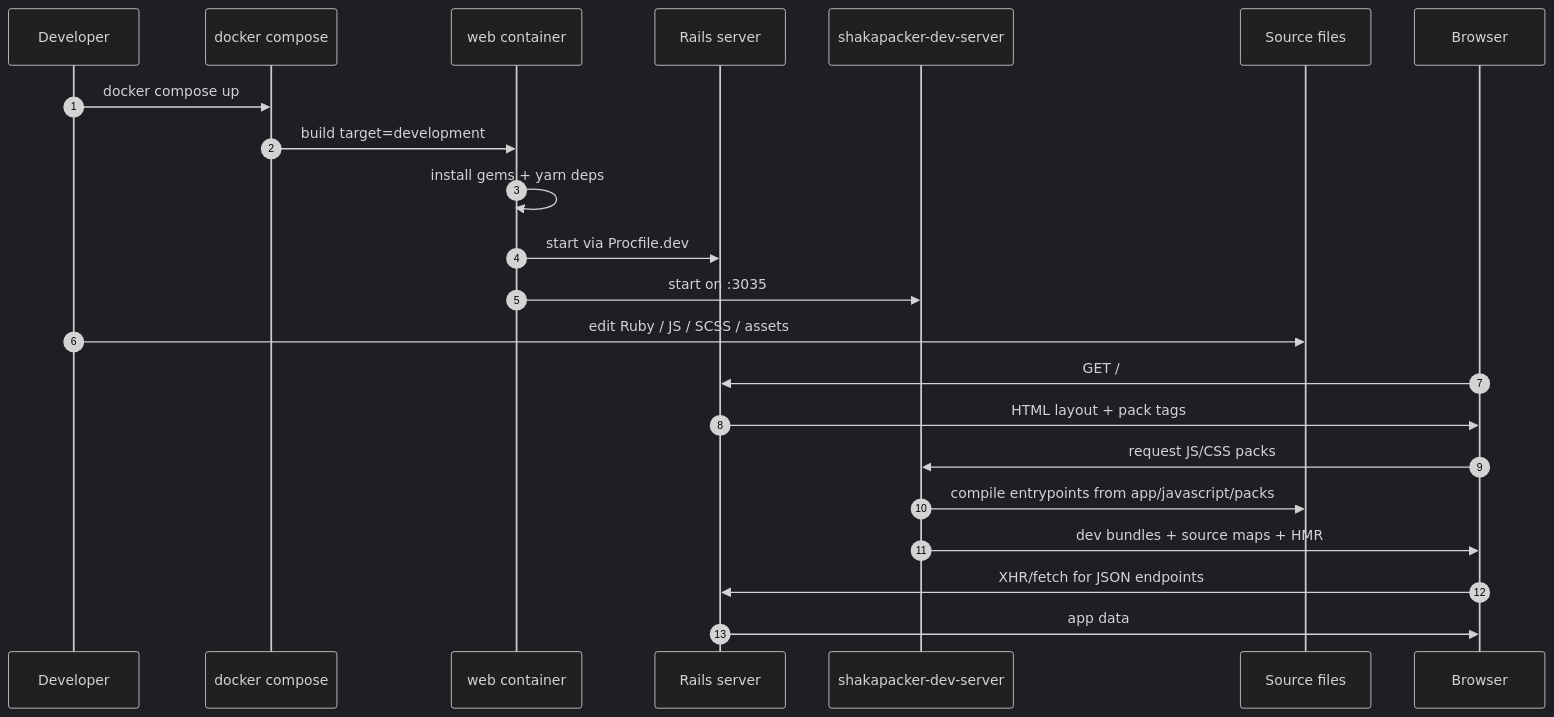
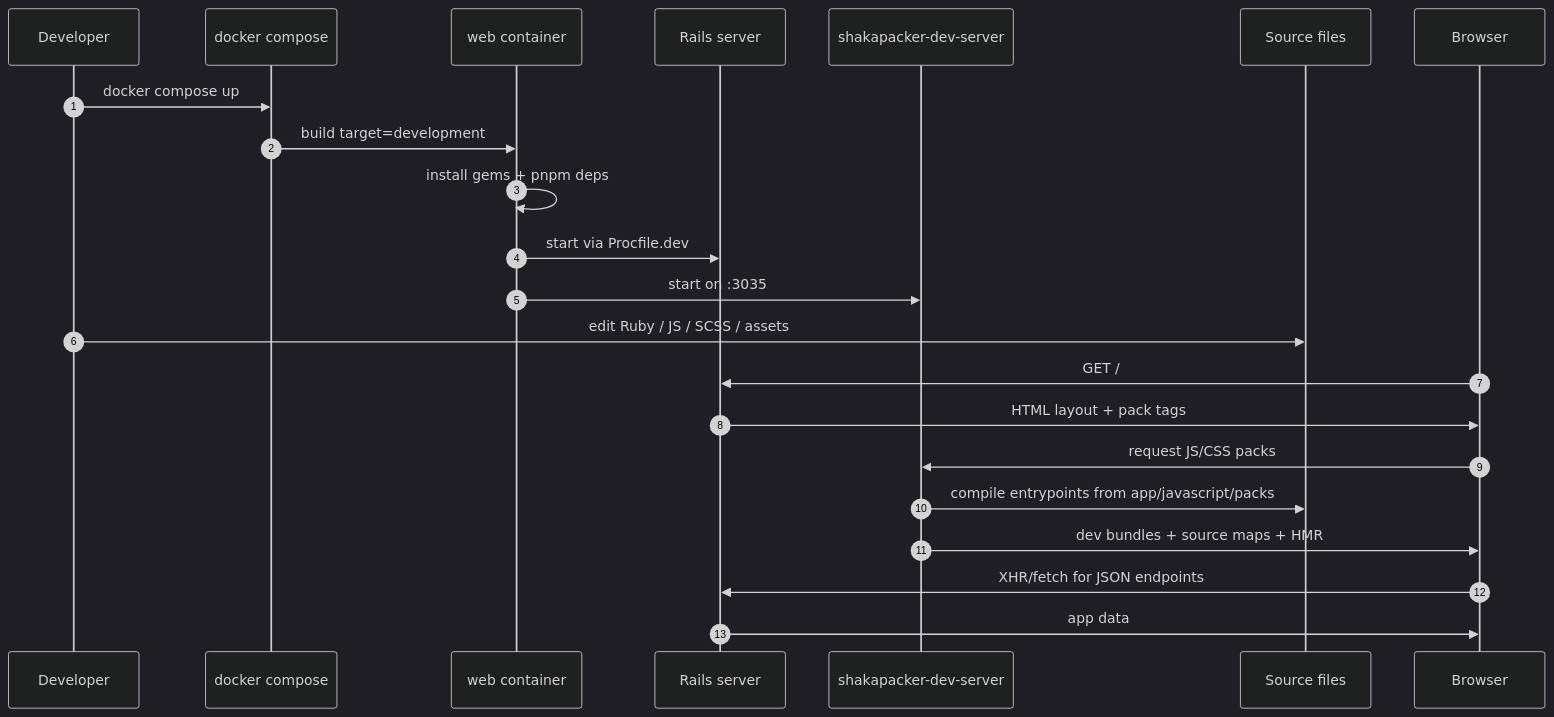
Before and after one commit to galahq/gala: the first of 4 diagrams in docs/asset-pipeline.md, drawn with Mermaid (dark theme). The commit also changed other lines of this file and 9 other files, not shown here.

Commit message:
chore(11-02): replace root yarn workflow with pnpm

````diff
--- a/docs/asset-pipeline.md
+++ b/docs/asset-pipeline.md
@@ -18,25 +18,25 @@
 ```mermaid
 sequenceDiagram
     autonumber
     participant Dev as Developer
     participant DC as docker compose
     participant Web as web container
     participant Rails as Rails server
     participant WDS as shakapacker-dev-server
     participant FS as Source files
     participant Browser as Browser
 
     Dev->>DC: docker compose up
     DC->>Web: build target=development
-    Web->>Web: install gems + yarn deps
+    Web->>Web: install gems + pnpm deps
     Web->>Rails: start via Procfile.dev
     Web->>WDS: start on :3035
     Dev->>FS: edit Ruby / JS / SCSS / assets
     Browser->>Rails: GET /
     Rails->>Browser: HTML layout + pack tags
     Browser->>WDS: request JS/CSS packs
     WDS->>FS: compile entrypoints from app/javascript/packs
     WDS->>Browser: dev bundles + source maps + HMR
     Browser->>Rails: XHR/fetch for JSON endpoints
     Rails->>Browser: app data
 ```
````
